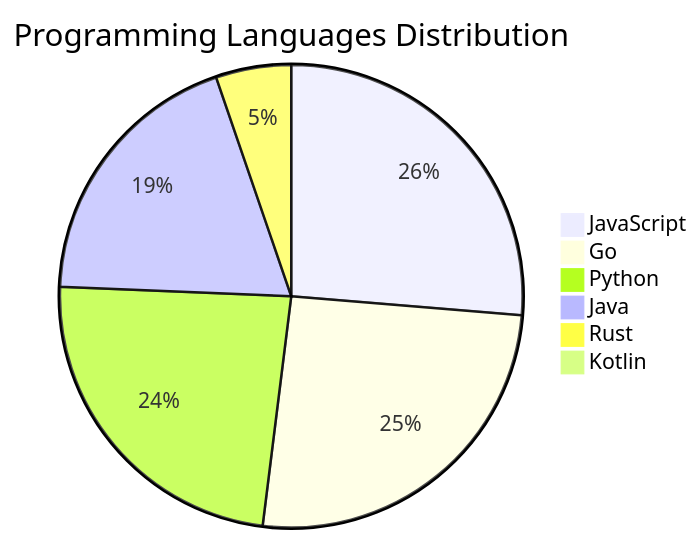
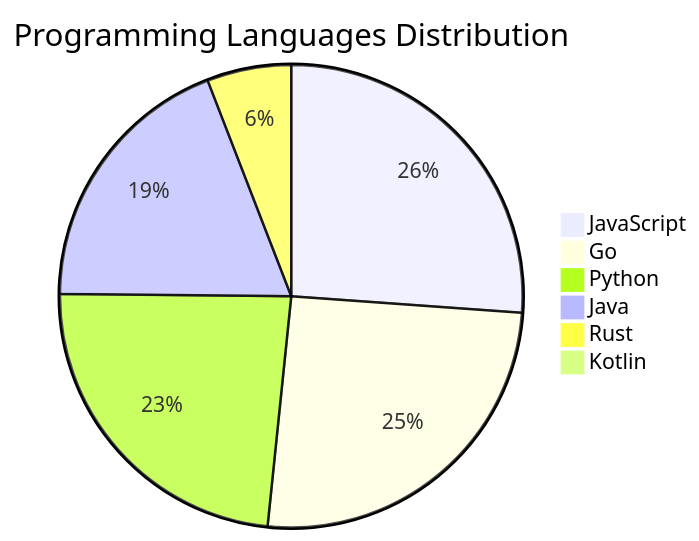
Before and after one commit to Derrick-MUGISHA/github-activity-bot: the diagram in README.md, drawn with Mermaid. The commit also changed other lines of this file and 4 other files, not shown here.

````diff
--- a/README.md
+++ b/README.md
@@ -206,9 +206,9 @@
 ```mermaid
 pie title Programming Languages Distribution
     "JavaScript" : 40
     "Go" : 39
     "Python" : 36
     "Java" : 29
-    "Rust" : 8
+    "Rust" : 9
     "Kotlin" : 1
 ```
````
